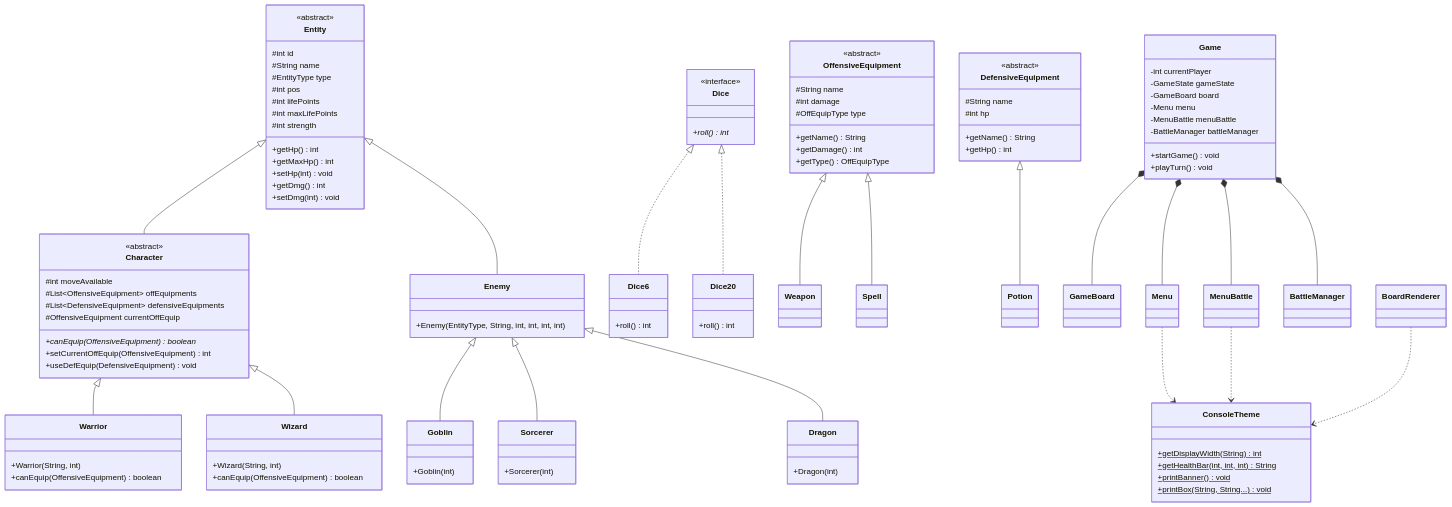
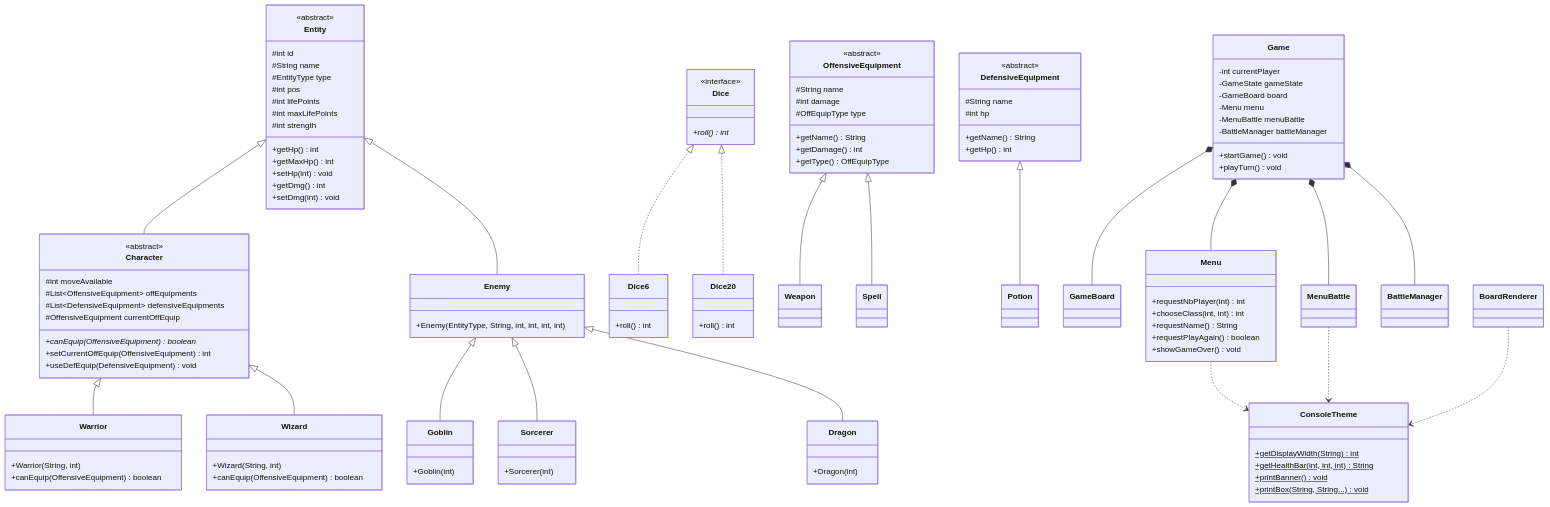
One commit to BSourichanh/POO_JAVA changed the second of 2 diagrams in README.md. Above: the diagram before and after it, drawn with Mermaid. The commit also changed other lines of this file and 2 other files, not shown here.

Commit message:
feat(game): add replay option on Game Over and update README documentation

```diff
--- a/README.md
+++ b/README.md
@@ -148,6 +151,14 @@
         +playTurn() void
     }
 
+    class Menu {
+        +requestNbPlayer(int) int
+        +chooseClass(int, int) int
+        +requestName() String
+        +requestPlayAgain() boolean
+        +showGameOver() void
+    }
+
     class ConsoleTheme {
         +getDisplayWidth(String)$ int
         +getHealthBar(int, int, int)$ String
```
